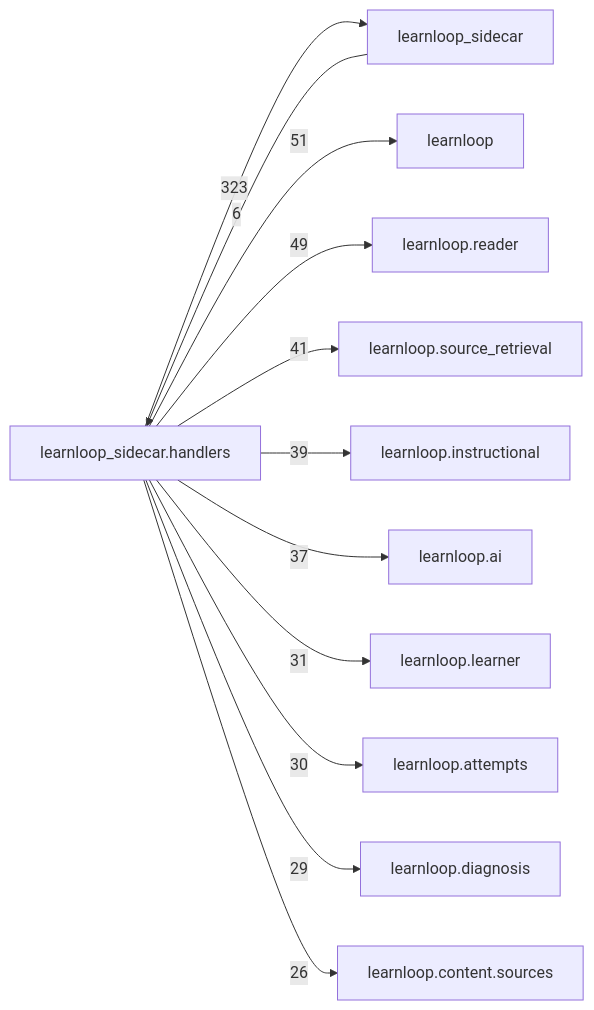
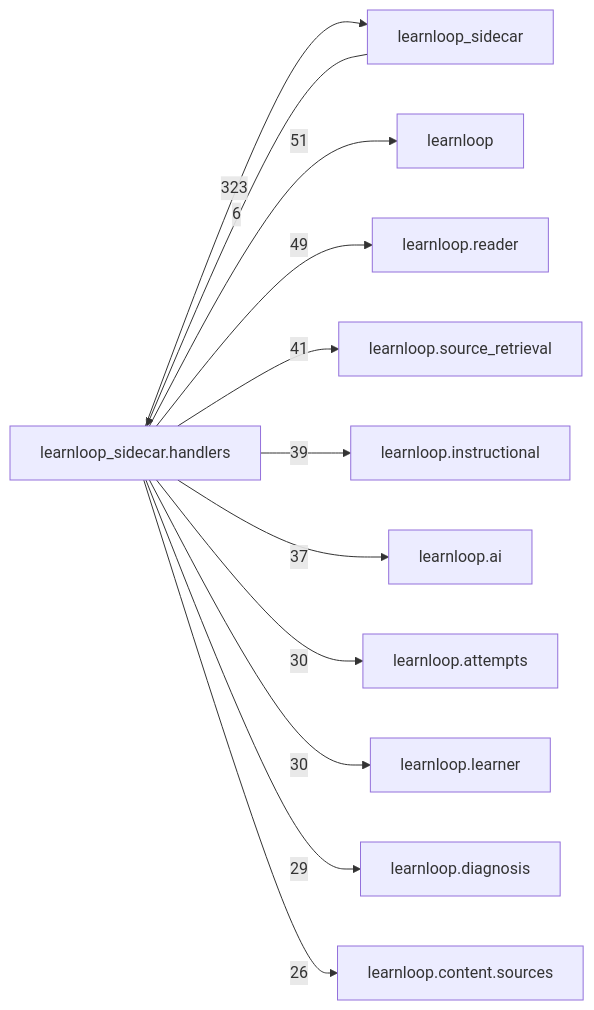
Before and after one commit to 6up-b/learnanything: the diagram in docs/learnloop-architecture-vault/Reference/Modules/learnloop_sidecar/handlers/_package.md, drawn with Mermaid. The commit also changed other lines of this file and 46 other files, not shown here.

````diff
--- a/docs/learnloop-architecture-vault/Reference/Modules/learnloop_sidecar/handlers/_package.md
+++ b/docs/learnloop-architecture-vault/Reference/Modules/learnloop_sidecar/handlers/_package.md
@@ -260,25 +260,25 @@
 ```mermaid
 flowchart LR
     center["learnloop_sidecar.handlers"]
     n_learnloop_sidecar["learnloop_sidecar"]
     n_learnloop["learnloop"]
     n_learnloop_reader["learnloop.reader"]
     n_learnloop_source_retrieval["learnloop.source_retrieval"]
     n_learnloop_instructional["learnloop.instructional"]
     n_learnloop_ai["learnloop.ai"]
+    n_learnloop_attempts["learnloop.attempts"]
     n_learnloop_learner["learnloop.learner"]
-    n_learnloop_attempts["learnloop.attempts"]
     n_learnloop_diagnosis["learnloop.diagnosis"]
     n_learnloop_content_sources["learnloop.content.sources"]
     n_learnloop_sidecar -->|6| center
     center -->|323| n_learnloop_sidecar
     center -->|51| n_learnloop
     center -->|49| n_learnloop_reader
     center -->|41| n_learnloop_source_retrieval
     center -->|39| n_learnloop_instructional
     center -->|37| n_learnloop_ai
-    center -->|31| n_learnloop_learner
     center -->|30| n_learnloop_attempts
+    center -->|30| n_learnloop_learner
     center -->|29| n_learnloop_diagnosis
     center -->|26| n_learnloop_content_sources
 ```
````
